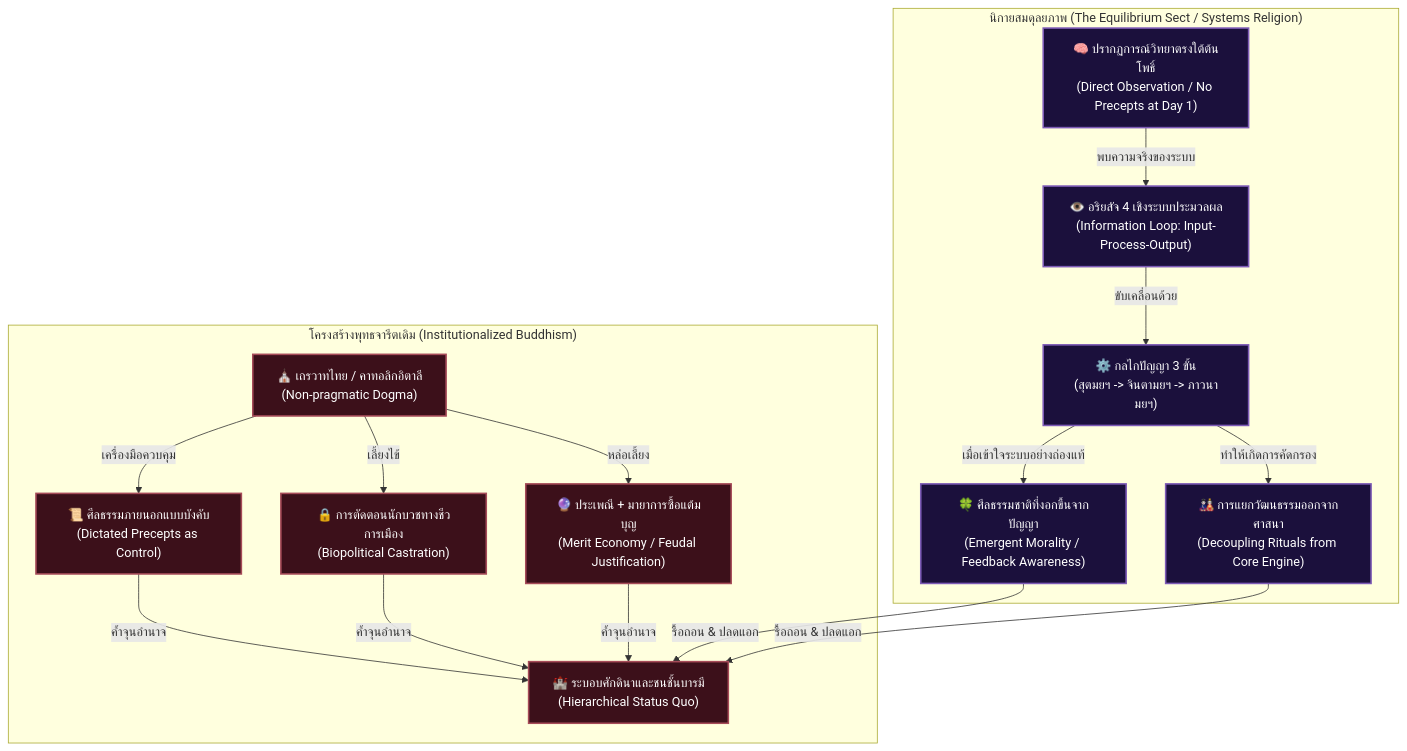
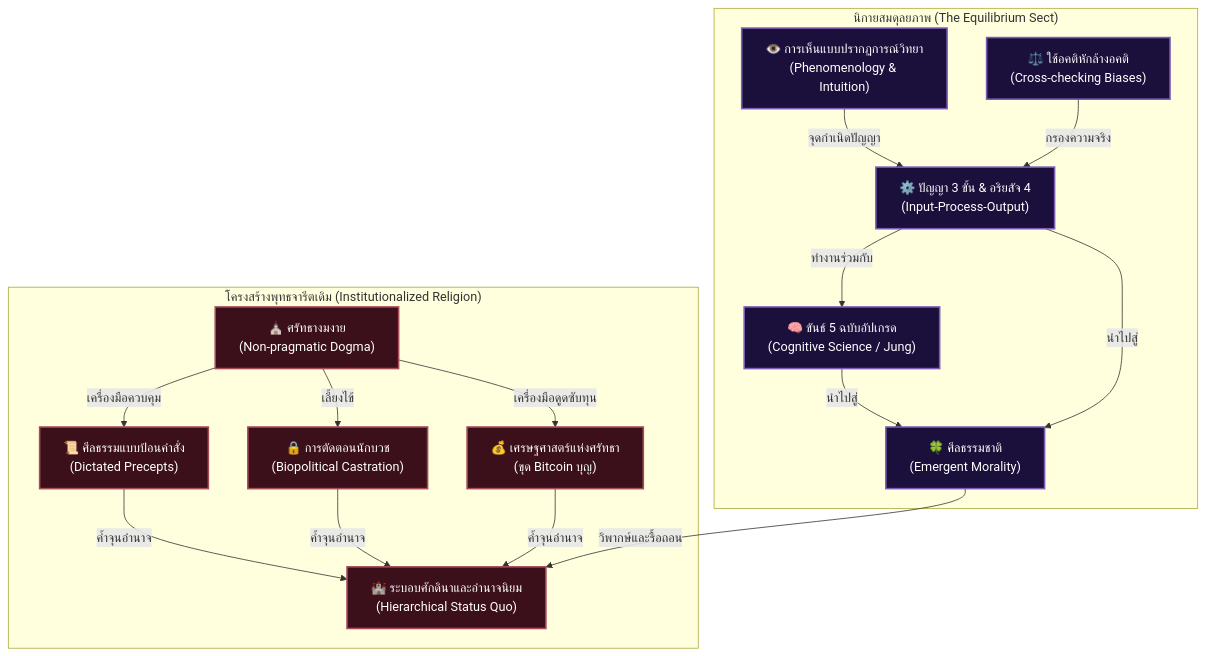
Before and after one commit to ellipszist/unityequilibriumtheory: the diagram in uet_history/3_publish/books/05_reformation_of_the_mind/book_blueprint.md, drawn with Mermaid. The commit also changed other lines of this file and 1 other file, not shown here.

Commit message:
docs(book5): integrate cognitive science, economic critique, and AI bias into blueprint

````diff
--- a/uet_history/3_publish/books/05_reformation_of_the_mind/book_blueprint.md
+++ b/uet_history/3_publish/books/05_reformation_of_the_mind/book_blueprint.md
@@ -11,40 +11,39 @@
 ```mermaid
 graph TD
     %% Dogmatic Feudal Path (State-backed Religion)
-    subgraph FeudalSystem ["โครงสร้างพุทธจารีตเดิม (Institutionalized Buddhism)"]
-        Dogma["⛪ เถรวาทไทย / คาทอลิกอิตาลี<br/>(Non-pragmatic Dogma)"]
-        Castration["🔒 การตัดตอนนักบวชทางชีวการเมือง<br/>(Biopolitical Castration)"]
-        ExternalSila["📜 ศีลธรรมภายนอกแบบบังคับ<br/>(Dictated Precepts as Control)"]
-        Rituals["🔮 ประเพณี + มายาการซื้อแต้มบุญ<br/>(Merit Economy / Feudal Justification)"]
-        Feudalism["🏰 ระบอบศักดินาและชนชั้นบารมี<br/>(Hierarchical Status Quo)"]
+    subgraph FeudalSystem ["โครงสร้างพุทธจารีตเดิม (Institutionalized Religion)"]
+        Dogma["⛪ ศรัทธางมงาย<br/>(Non-pragmatic Dogma)"]
+        Castration["🔒 การตัดตอนนักบวช<br/>(Biopolitical Castration)"]
+        ExternalSila["📜 ศีลธรรมแบบป้อนคำสั่ง<br/>(Dictated Precepts)"]
+        Economy["💰 เศรษฐศาสตร์แห่งศรัทธา<br/>(ขุด Bitcoin บุญ)"]
+        Feudalism["🏰 ระบอบศักดินาและอำนาจนิยม<br/>(Hierarchical Status Quo)"]
     end
 
     %% Reformed Path: The Equilibrium Sect
-    subgraph EquilibriumSect ["นิกายสมดุลยภาพ (The Equilibrium Sect / Systems Religion)"]
-        Phenomenology["🧠 ปรากฏการณ์วิทยาตรงใต้ต้นโพธิ์<br/>(Direct Observation / No Precepts at Day 1)"]
-        FourNobleTruths["👁️ อริยสัจ 4 เชิงระบบประมวลผล<br/>(Information Loop: Input-Process-Output)"]
-        ThreeWisdoms["⚙️ กลไกปัญญา 3 ขั้น<br/>(สุตมยฯ -> จินตามยฯ -> ภาวนามยฯ)"]
-        EmergentSila["🍀 ศีลธรรมชาติที่งอกขึ้นจากปัญญา<br/>(Emergent Morality / Feedback Awareness)"]
-        CultureSeparation["🎎 การแยกวัฒนธรรมออกจากศาสนา<br/>(Decoupling Rituals from Core Engine)"]
+    subgraph EquilibriumSect ["นิกายสมดุลยภาพ (The Equilibrium Sect)"]
+        Intuition["👁️ การเห็นแบบปรากฏการณ์วิทยา<br/>(Phenomenology & Intuition)"]
+        Process["⚙️ ปัญญา 3 ขั้น & อริยสัจ 4<br/>(Input-Process-Output)"]
+        Cognitive["🧠 ขันธ์ 5 ฉบับอัปเกรด<br/>(Cognitive Science / Jung)"]
+        EmergentSila["🍀 ศีลธรรมชาติ<br/>(Emergent Morality)"]
+        SystemCheck["⚖️ ใช้อคติหักล้างอคติ<br/>(Cross-checking Biases)"]
     end
 
     %% Connections
     Dogma -->|เครื่องมือควบคุม| ExternalSila
     Dogma -->|เลี้ยงไข้| Castration
-    Dogma -->|หล่อเลี้ยง| Rituals
-    ExternalSila & Castration & Rituals -->|ค้ำจุนอำนาจ| Feudalism
+    Dogma -->|เครื่องมือดูดซับทุน| Economy
+    ExternalSila & Castration & Economy -->|ค้ำจุนอำนาจ| Feudalism
 
-    Phenomenology -->|พบความจริงของระบบ| FourNobleTruths
-    FourNobleTruths -->|ขับเคลื่อนด้วย| ThreeWisdoms
-    ThreeWisdoms -->|เมื่อเข้าใจระบบอย่างถ่องแท้| EmergentSila
-    ThreeWisdoms -->|ทำให้เกิดการคัดกรอง| CultureSeparation
-    
-    EmergentSila & CultureSeparation -->|รื้อถอน & ปลดแอก| Feudalism
+    Intuition -->|จุดกำเนิดปัญญา| Process
+    Process -->|ทำงานร่วมกับ| Cognitive
+    Cognitive & Process -->|นำไปสู่| EmergentSila
+    EmergentSila -->|วิพากษ์และรื้อถอน| Feudalism
+    SystemCheck -->|กรองความจริง| Process
 
     %% Styles
     classDef feudal fill:#3c101a,stroke:#a64b58,stroke-width:2px,color:#fff;
     classDef reform fill:#1b103c,stroke:#7d5bb6,stroke-width:2px,color:#fff;
     
-    class Dogma,Castration,ExternalSila,Rituals,Feudalism feudal;
-    class Phenomenology,FourNobleTruths,ThreeWisdoms,EmergentSila,CultureSeparation reform;
+    class Dogma,Castration,ExternalSila,Economy,Feudalism feudal;
+    class Intuition,Process,Cognitive,EmergentSila,SystemCheck reform;
 ```
````
